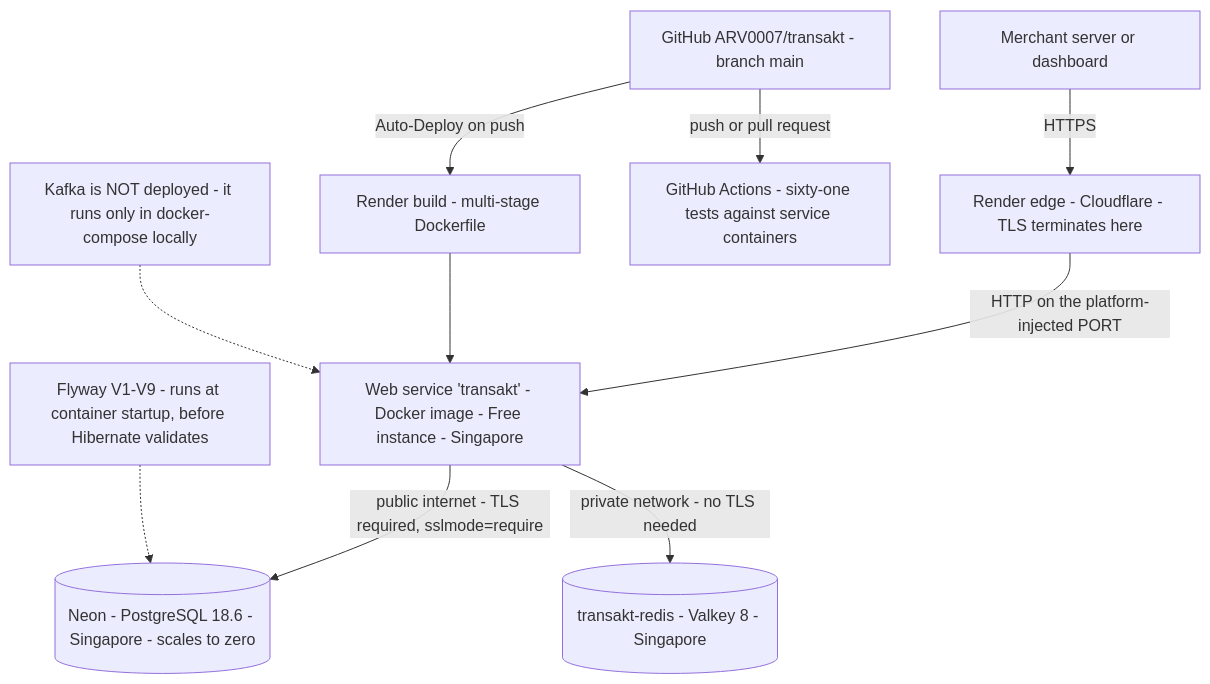
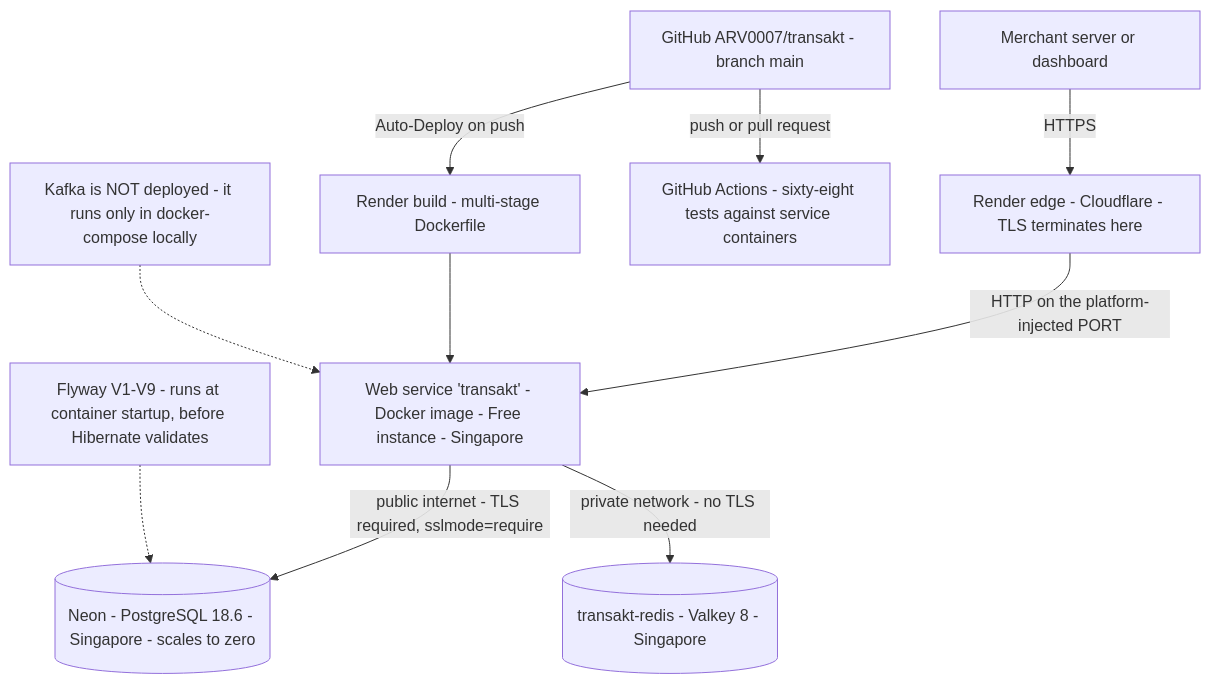
Before and after one commit to ARV0007/transakt: the first of 3 diagrams in docs/architecture.md, drawn with Mermaid. The commit also changed other lines of this file and 4 other files, not shown here.

````diff
--- a/docs/architecture.md
+++ b/docs/architecture.md
@@ -9,13 +9,13 @@
 ```mermaid
 flowchart TD
   client[Merchant server or dashboard]
   client -->|HTTPS| edge[Render edge - Cloudflare - TLS terminates here]
   edge -->|HTTP on the platform-injected PORT| app[Web service 'transakt' - Docker image - Free instance - Singapore]
   app -->|public internet - TLS required, sslmode=require| pg[(Neon - PostgreSQL 18.6 - Singapore - scales to zero)]
   app -->|private network - no TLS needed| kv[(transakt-redis - Valkey 8 - Singapore)]
   gh[GitHub ARV0007/transakt - branch main] -->|Auto-Deploy on push| build[Render build - multi-stage Dockerfile]
-  gh -->|push or pull request| ci[GitHub Actions - sixty-one tests against service containers]
+  gh -->|push or pull request| ci[GitHub Actions - sixty-eight tests against service containers]
   build --> app
   flyway[Flyway V1-V9 - runs at container startup, before Hibernate validates] -.-> pg
   note[Kafka is NOT deployed - it runs only in docker-compose locally] -.-> app
 ```
````
